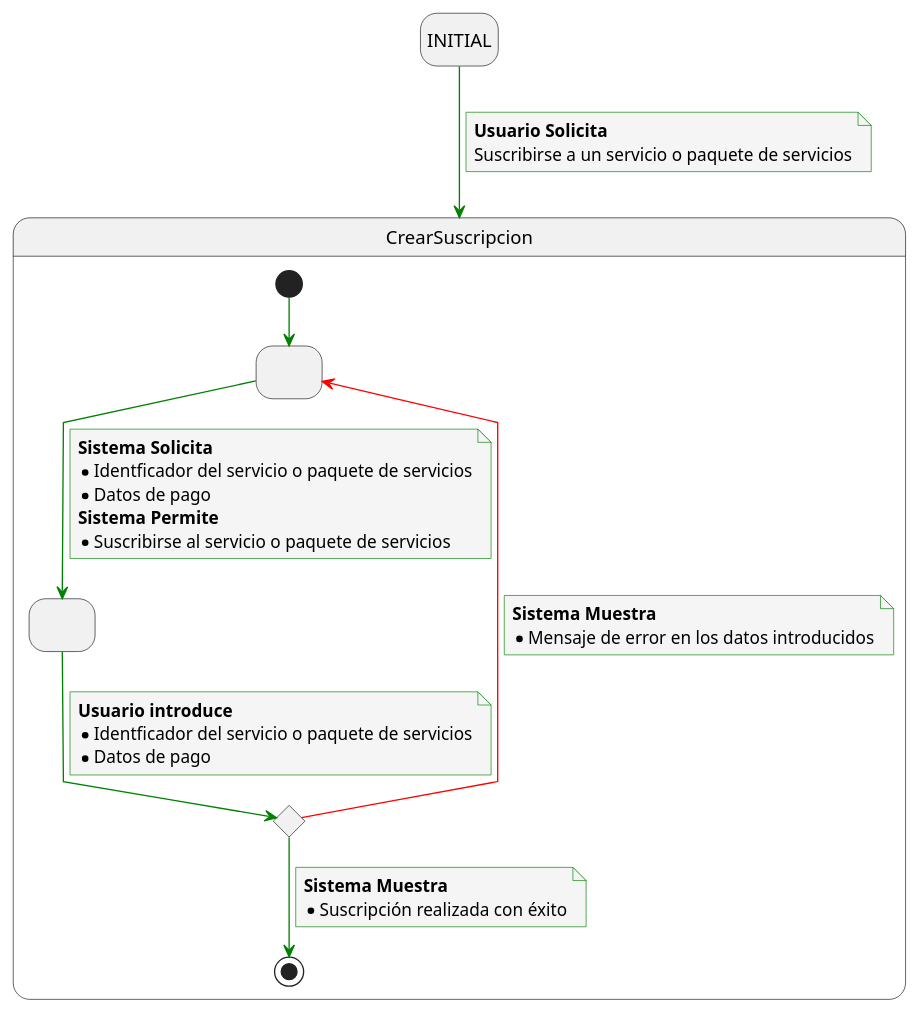
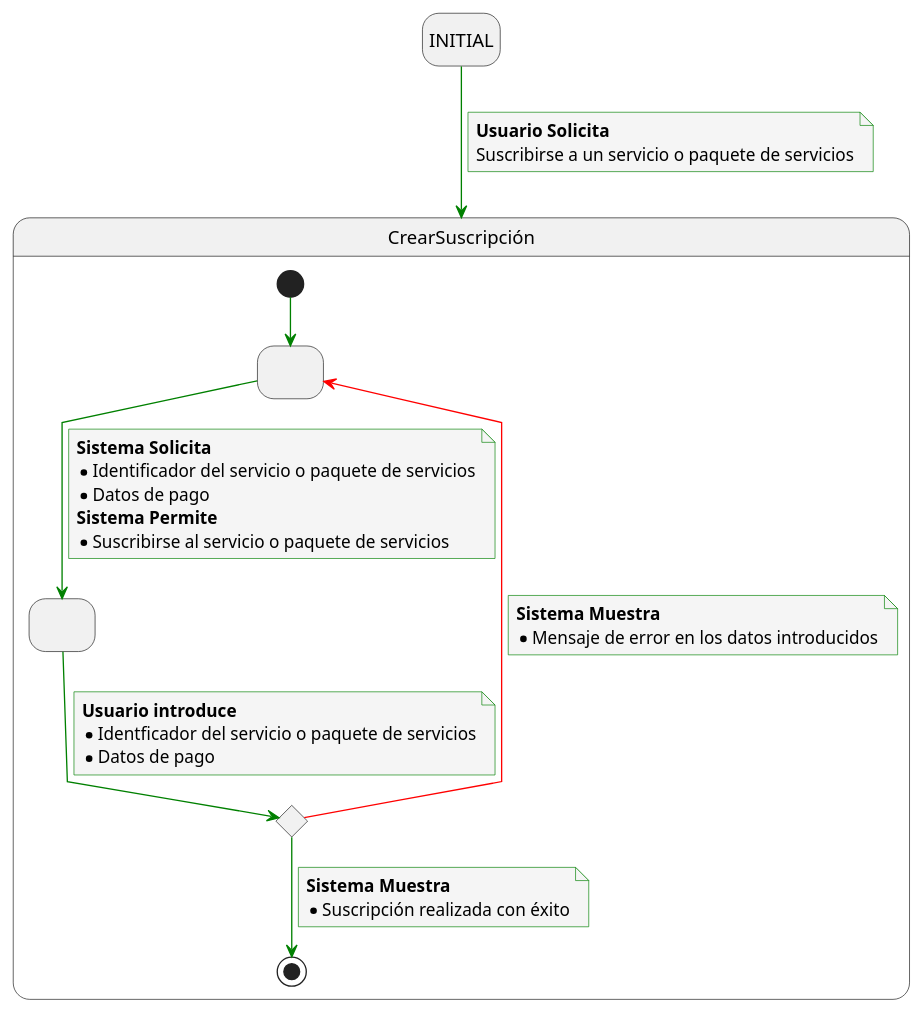
One commit to mmasias/23-24-IdSw1-SDR changed the diagram in Caso_de_Uso/Casos_de_Uso/Usuarios/Egresado/CRD_Suscripción/Crear_Suscripción/Caso_de_Uso.puml. Above: the diagram before and after it, drawn with PlantUML. The commit also changed 7 other files, not shown here.

```diff
--- a/Caso_de_Uso/Casos_de_Uso/Usuarios/Egresado/CRD_Suscripción/Crear_Suscripción/Caso_de_Uso.puml
+++ b/Caso_de_Uso/Casos_de_Uso/Usuarios/Egresado/CRD_Suscripción/Crear_Suscripción/Caso_de_Uso.puml
@@ -1,56 +1,56 @@
 @startuml
 skinparam {
     NoteBackgroundColor #whiteSmoke
     ArrowColor #green
     NoteBorderColor #green
     linetype polyline
 }
 
 hide empty description
 
 state startState as "INITIAL"
 
-startState --> CrearSuscripcion
+startState --> CrearSuscripción
 note on link
     <b>Usuario Solicita</b>
     Suscribirse a un servicio o paquete de servicios
 end note
 
-state CrearSuscripcion {
+state CrearSuscripción {
 state 2 as " "
 state 3 as " "
 state 4 <<choice>>
 
 [*] -down-> 2
 
 2 -down-> 3
 note on link
 <b>Sistema Solicita</b>
-* Identficador del servicio o paquete de servicios
+* Identificador del servicio o paquete de servicios
 * Datos de pago
 <b>Sistema Permite</b>
 * Suscribirse al servicio o paquete de servicios
 end note
 
 3 -down-> 4
 note on link
 <b>Usuario introduce</b>
 * Identficador del servicio o paquete de servicios
 * Datos de pago
 end note
 
 4 -down-> [*]
 note on link
 <b>Sistema Muestra</b>
 * Suscripción realizada con éxito
 end note
 
 4 -[#red]-> 2
 note on link
 <b>Sistema Muestra</b>
 * Mensaje de error en los datos introducidos
 end note
 
 }
 
 @enduml
```
